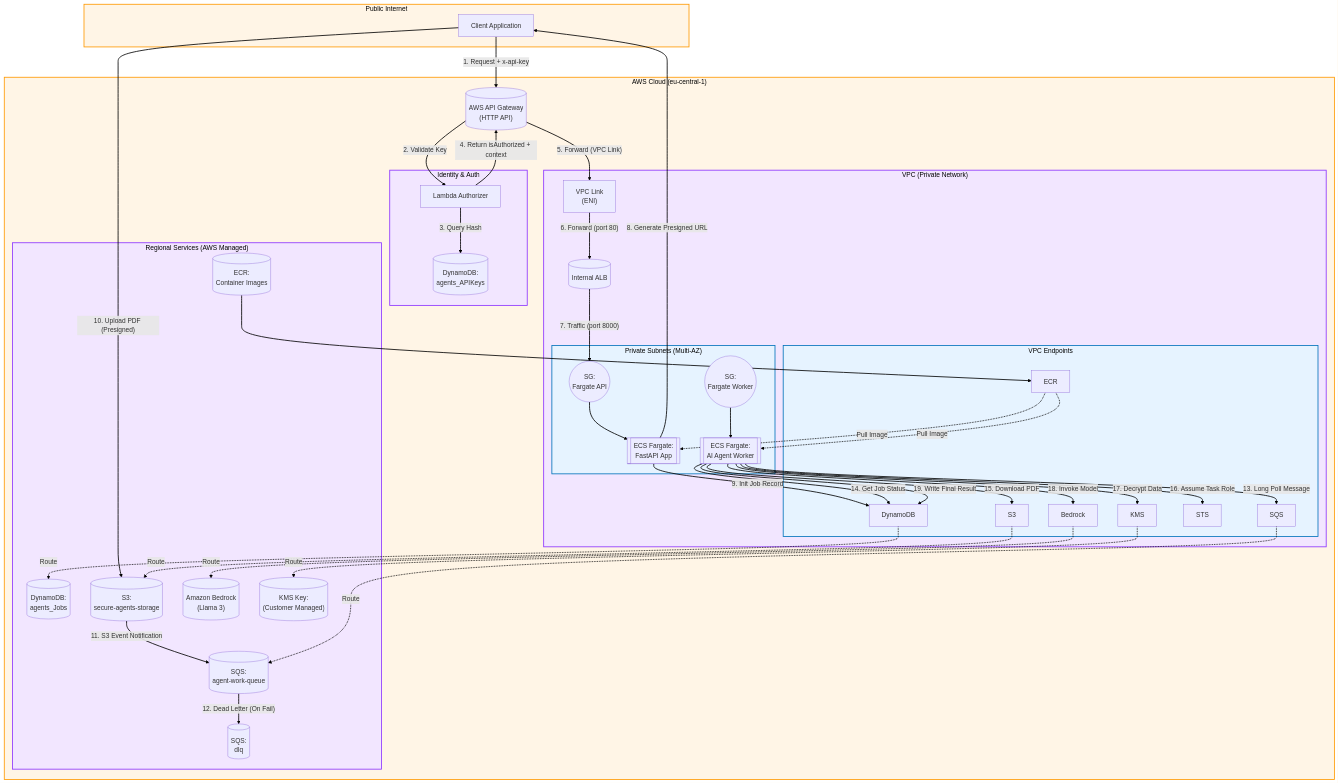
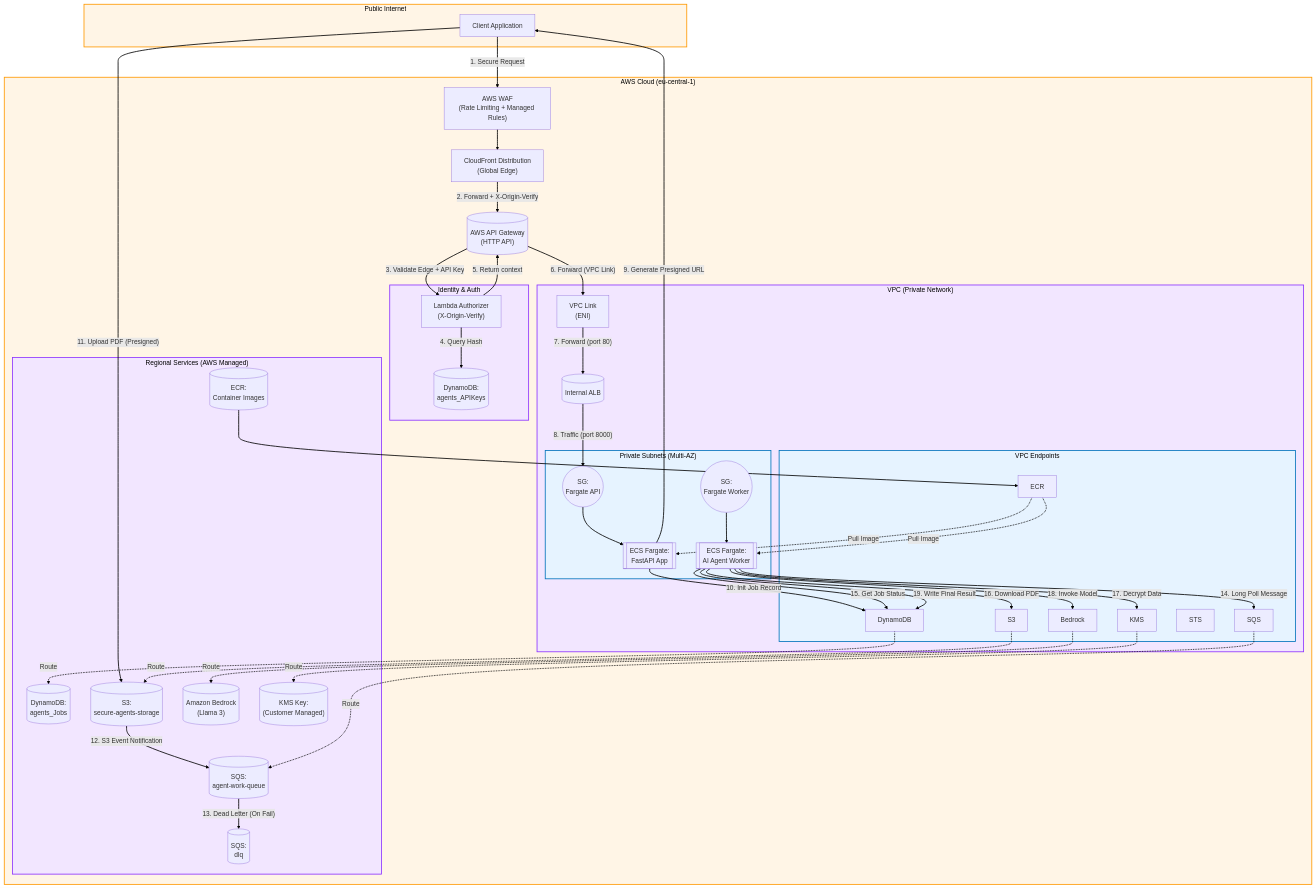
One commit to SteliosSpanos/secure-agents changed the diagram in README.md. Above: the diagram before and after it, drawn with Mermaid. The commit also changed other lines of this file, not shown here.

```diff
--- a/README.md
+++ b/README.md
@@ -23,10 +23,12 @@
   class PublicInternet orange;
 
   subgraph AWSCloud["AWS Cloud (eu-central-1)"]
+    WAF["AWS WAF<br>(Rate Limiting + Managed Rules)"]
+    CloudFront["CloudFront Distribution<br>(Global Edge)"]
     APIGW[("AWS API Gateway<br>(HTTP API)")]
 
     subgraph AuthLayer["Identity & Auth"]
-      Authorizer["Lambda Authorizer"]
+      Authorizer["Lambda Authorizer<br>(X-Origin-Verify)"]
       ApiKeysTable[("DynamoDB:<br>agents_APIKeys")]
     end
     class AuthLayer purple;
@@ -70,30 +72,30 @@
   end
   class AWSCloud orange;
 
+  Client -- "1. Secure Request" --> WAF
+  WAF --> CloudFront
+  CloudFront -- "2. Forward + X-Origin-Verify" --> APIGW
+  APIGW -- "3. Validate Edge + API Key" --> Authorizer
+  Authorizer -- "4. Query Hash" --> ApiKeysTable
+  Authorizer -- "5. Return context" --> APIGW
 
-  Client -- "1. Request + x-api-key" --> APIGW
-  APIGW -- "2. Validate Key" --> Authorizer
-  Authorizer -- "3. Query Hash" --> ApiKeysTable
-  Authorizer -- "4. Return isAuthorized + context" --> APIGW
-
-  APIGW -- "5. Forward (VPC Link)" --> VpcLinkENI
-  VpcLinkENI -- "6. Forward (port 80)" --> InternalALB
-  InternalALB -- "7. Traffic (port 8000)" --> SgApi
+  APIGW -- "6. Forward (VPC Link)" --> VpcLinkENI
+  VpcLinkENI -- "7. Forward (port 80)" --> InternalALB
+  InternalALB -- "8. Traffic (port 8000)" --> SgApi
   SgApi --> ApiService
 
-  ApiService -- "8. Generate Presigned URL" --> Client
-  ApiService -- "9. Init Job Record" --> EndpointDynamoDB
+  ApiService -- "9. Generate Presigned URL" --> Client
+  ApiService -- "10. Init Job Record" --> EndpointDynamoDB
 
-  Client -- "10. Upload PDF (Presigned)" --> StorageBucket
-  StorageBucket -- "11. S3 Event Notification" --> MainQueue
+  Client -- "11. Upload PDF (Presigned)" --> StorageBucket
+  StorageBucket -- "12. S3 Event Notification" --> MainQueue
 
-  MainQueue -- "12. Dead Letter (On Fail)" --> DlqQueue
+  MainQueue -- "13. Dead Letter (On Fail)" --> DlqQueue
 
   SgWorker --> WorkerService
-  WorkerService -- "13. Long Poll Message" --> EndpointSQS
-  WorkerService -- "14. Get Job Status" --> EndpointDynamoDB
-  WorkerService -- "15. Download PDF" --> EndpointS3
-  WorkerService -- "16. Assume Task Role" --> EndpointSTS
+  WorkerService -- "14. Long Poll Message" --> EndpointSQS
+  WorkerService -- "15. Get Job Status" --> EndpointDynamoDB
+  WorkerService -- "16. Download PDF" --> EndpointS3
   WorkerService -- "17. Decrypt Data" --> EndpointKMS
   WorkerService -- "18. Invoke Model" --> EndpointBedrock
 
```
